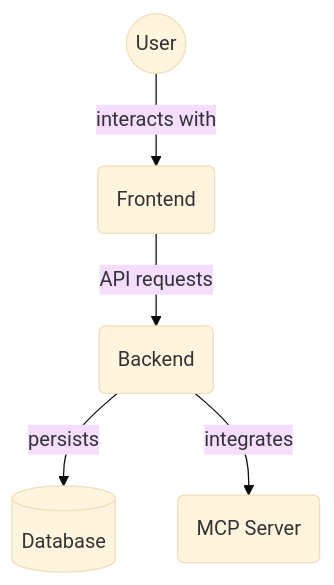
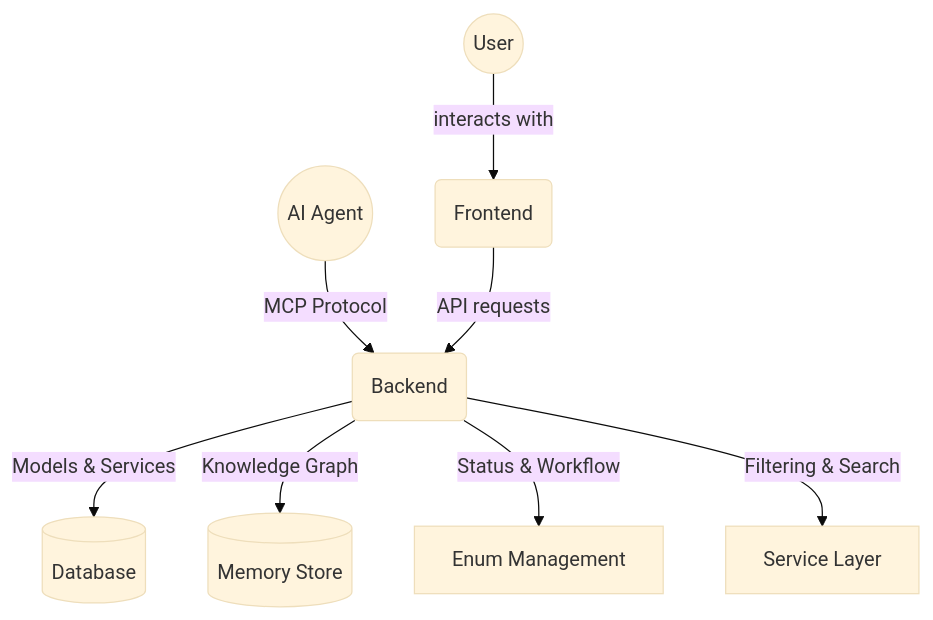
One commit to m0st4f4-hub/MCP-ProjectManager changed the diagram in README.md. Above: the diagram before and after it, drawn with Mermaid (base theme). The commit also changed other lines of this file and 234 other files, not shown here.

First line of the commit message:
Refactor backend architecture and remove deprecated files

````diff
--- a/README.md
+++ b/README.md
@@ -252,7 +297,10 @@
 ```mermaid
 graph TD
     user((User)) -->|interacts with| frontend(Frontend)
-    frontend -->|API requests| backend(Backend)
-    backend -->|persists| database[(Database)]
-    backend -->|integrates| mcp(MCP Server)
+    agent((AI Agent)) -->|MCP Protocol| backend(Backend)
+    frontend -->|API requests| backend
+    backend -->|Models & Services| database[(Database)]
+    backend -->|Knowledge Graph| memory[(Memory Store)]
+    backend -->|Status & Workflow| enums[Enum Management]
+    backend -->|Filtering & Search| services[Service Layer]
 ```
````
